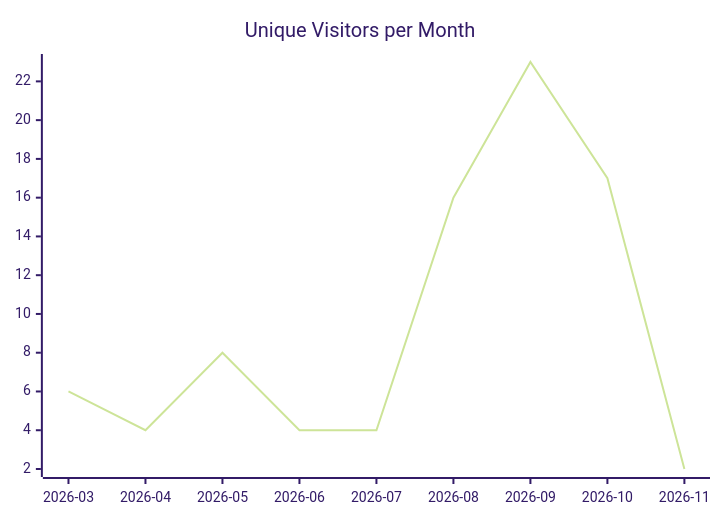
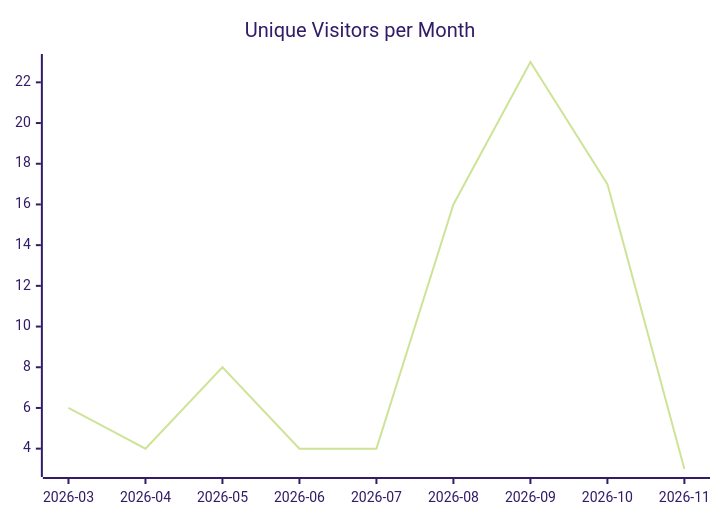
The first of 3 diagrams in karlmdavis/xmlpull/README.md (justdavis-family/github-analytics-data), drawn with Mermaid (forest theme) before and after one commit. The commit also changed other lines of this file and 192 other files, not shown here.

````diff
--- a/karlmdavis/xmlpull/README.md
+++ b/karlmdavis/xmlpull/README.md
@@ -5,6 +5,6 @@
 ```mermaid
 xychart-beta
   title "Unique Visitors per Month"
   x-axis ["2026-03", "2026-04", "2026-05", "2026-06", "2026-07", "2026-08", "2026-09", "2026-10", "2026-11"]
-  line [6, 4, 8, 4, 4, 16, 23, 17, 2]
+  line [6, 4, 8, 4, 4, 16, 23, 17, 3]
 ```
````
